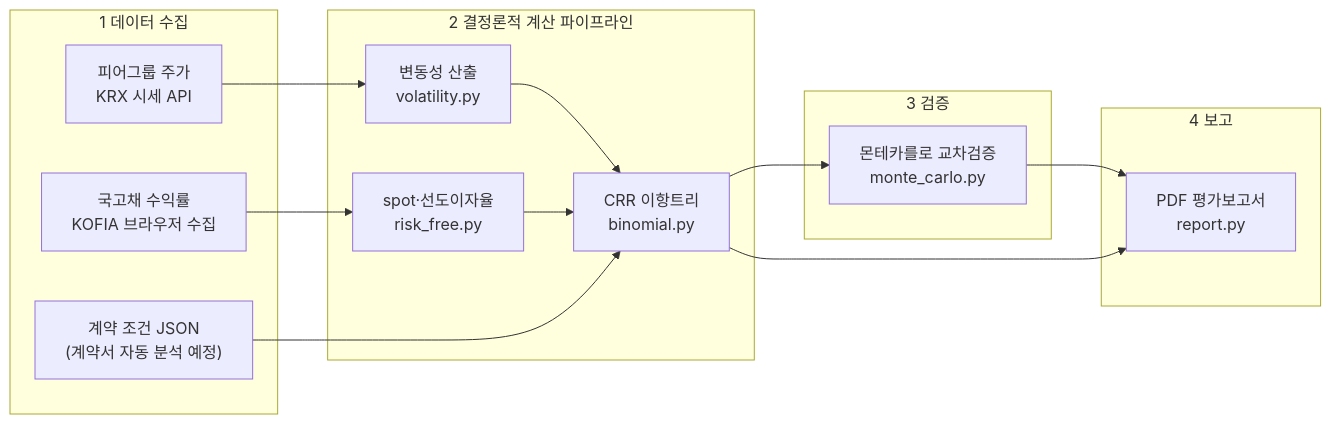
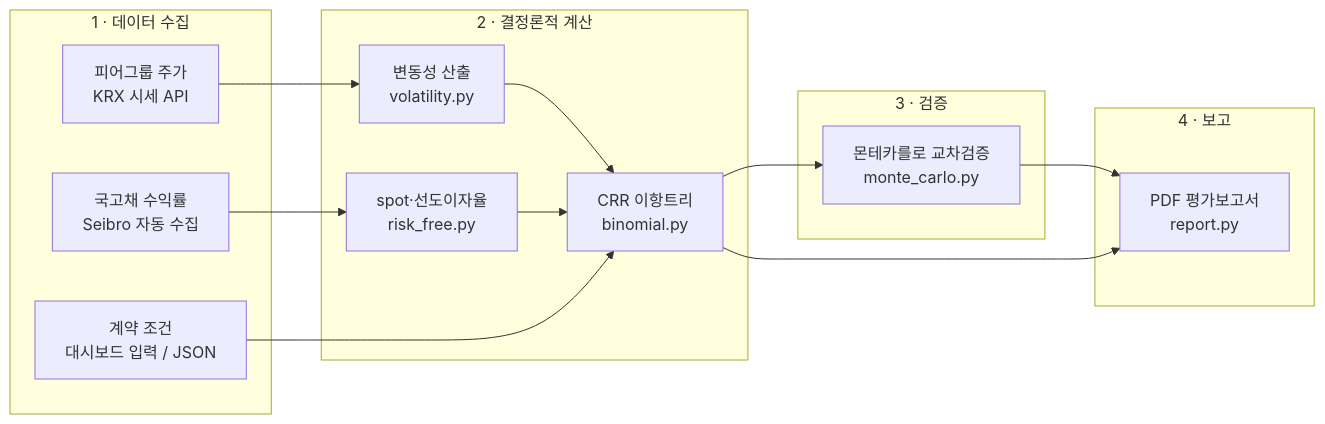
The diagram in README.md (jung-yonghee13/binomial-valuation), drawn with Mermaid before and after one commit. The commit also changed other lines of this file, not shown here.

````diff
--- a/README.md
+++ b/README.md
@@ -11,25 +20,24 @@
 ```mermaid
 flowchart LR
-  subgraph acquire["1 데이터 수집"]
+  subgraph acquire["1 · 데이터 수집"]
     A["피어그룹 주가<br/>KRX 시세 API"]
-    B["국고채 수익률<br/>KOFIA 브라우저 수집"]
-    C["계약 조건 JSON<br/>(계약서 자동 분석 예정)"]
+    B["국고채 수익률<br/>Seibro 자동 수집"]
+    C["계약 조건<br/>대시보드 입력 / JSON"]
   end
-  subgraph compute["2 결정론적 계산 파이프라인"]
+  subgraph compute["2 · 결정론적 계산"]
     D["변동성 산출<br/>volatility.py"]
     E["spot·선도이자율<br/>risk_free.py"]
     F["CRR 이항트리<br/>binomial.py"]
   end
-  subgraph verify["3 검증"]
+  subgraph verify["3 · 검증"]
     G["몬테카를로 교차검증<br/>monte_carlo.py"]
   end
-  subgraph report["4 보고"]
+  subgraph report["4 · 보고"]
     H["PDF 평가보고서<br/>report.py"]
   end
   A --> D --> F
   B --> E --> F
   C --> F
-  F --> G
-  G --> H
+  F --> G --> H
   F --> H
 ```
````
